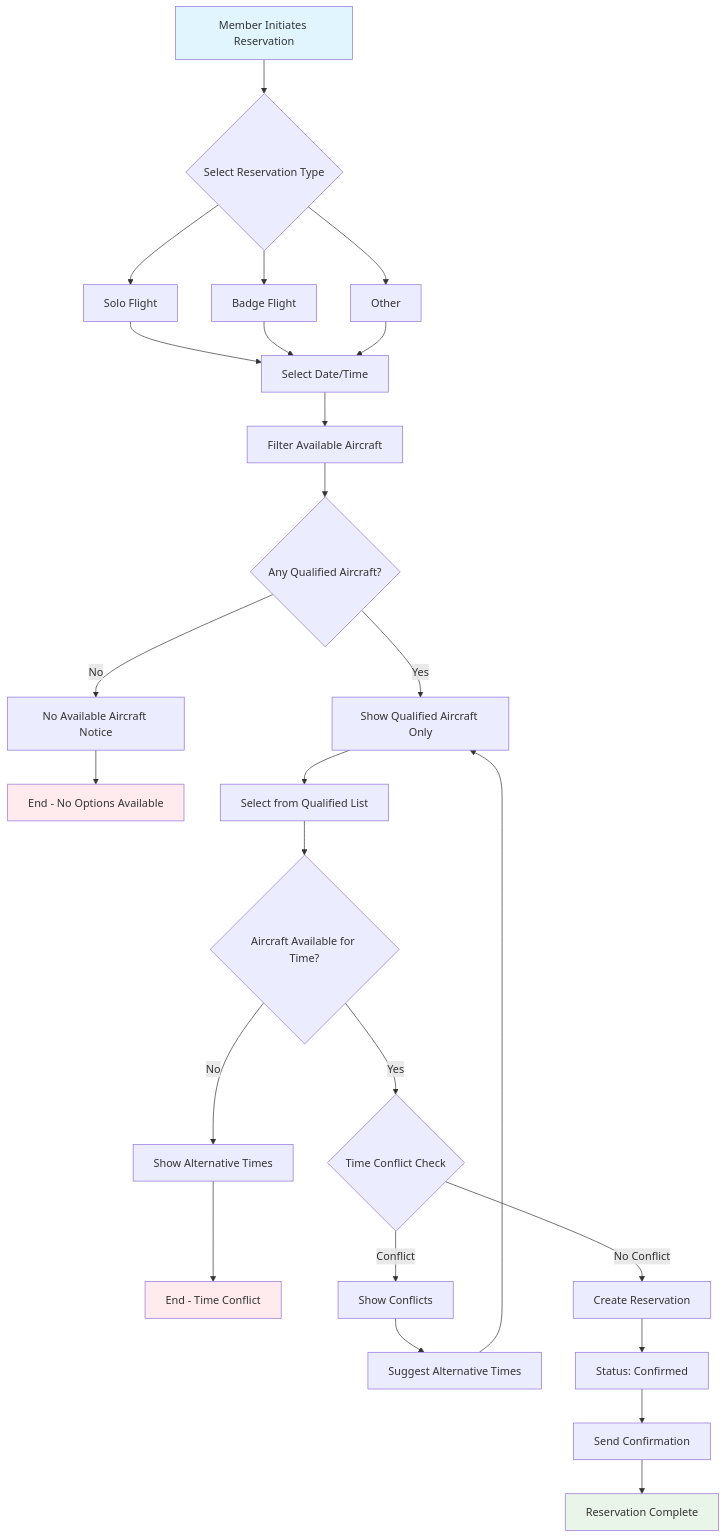
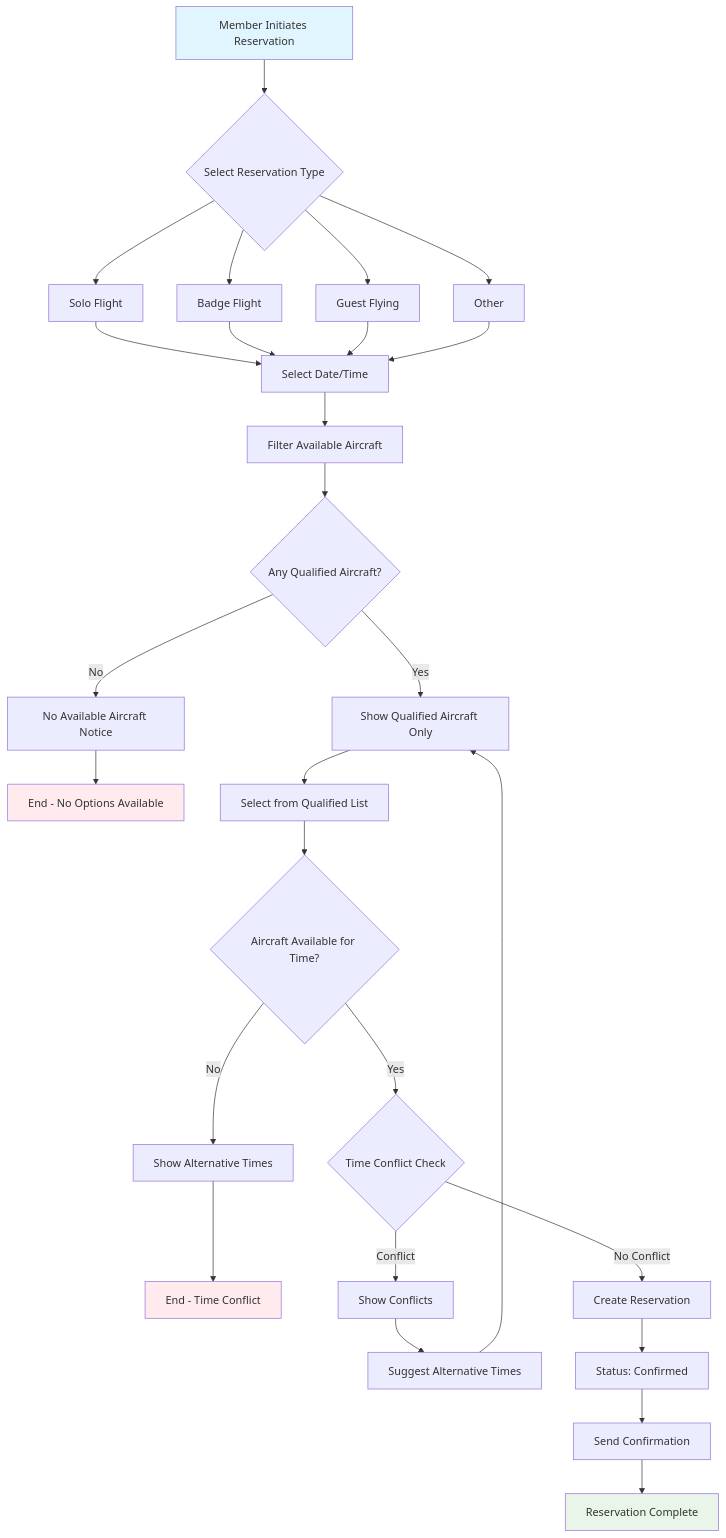
Before and after one commit to pietbarber/Manage2Soar: the first of 5 diagrams in docs/workflows/issue-190-glider-reservation-design.md, drawn with Mermaid. The commit also changed other lines of this file, not shown here.

Commit message:
Refactor glider reservation workflow to introduce 'Guest Flying' option and enhance qualification checks. Update flowchart logic for improved clarity in reservation processes, including mandatory safety meeting validation and simplified conflict resolution.

````diff
--- a/docs/workflows/issue-190-glider-reservation-design.md
+++ b/docs/workflows/issue-190-glider-reservation-design.md
@@ -10,41 +10,43 @@
 ```mermaid
 flowchart TD
     A[Member Initiates Reservation] --> B{Select Reservation Type}
     
     B --> C[Solo Flight]
     B --> D[Badge Flight] 
-    B --> E[Other]
+    B --> E[Guest Flying]
+    B --> F[Other]
     
-    C --> F[Select Date/Time]
-    D --> F
-    E --> F
+    C --> G[Select Date/Time]
+    D --> G
+    E --> G
+    F --> G
     
-    F --> G[Filter Available Aircraft]
-    G --> H{Any Qualified Aircraft?}
+    G --> H[Filter Available Aircraft]
+    H --> I{Any Qualified Aircraft?}
     
-    H -->|No| I[No Available Aircraft Notice]
-    I --> J[End - No Options Available]
+    I -->|No| J[No Available Aircraft Notice]
+    J --> K[End - No Options Available]
     
-    H -->|Yes| K[Show Qualified Aircraft Only]
-    K --> L[Select from Qualified List]
-    L --> M{Aircraft Available for Time?}
+    I -->|Yes| L[Show Qualified Aircraft Only]
+    L --> M[Select from Qualified List]
+    M --> N{Aircraft Available for Time?}
     
-    M -->|No| N[Show Alternative Times]
-    N --> O[End - Time Conflict]
+    N -->|No| O[Show Alternative Times]
+    O --> P[End - Time Conflict]
     
-    M -->|Yes| P{Time Conflict Check}
-    P -->|Conflict| Q[Show Conflicts]
-    Q --> R[Suggest Alternative Times]
-    R --> K
+    N -->|Yes| Q{Time Conflict Check}
+    Q -->|Conflict| R[Show Conflicts]
+    R --> S[Suggest Alternative Times]
+    S --> L
     
-    P -->|No Conflict| S[Create Reservation]
+    Q -->|No Conflict| T[Create Reservation]
     
-    S --> T[Status: Confirmed]
-    T --> U[Send Confirmation]
-    U --> V[Reservation Complete]
+    T --> U[Status: Confirmed]
+    U --> V[Send Confirmation]
+    V --> W[Reservation Complete]
     
     style A fill:#e1f5fe
-    style V fill:#e8f5e8
-    style J fill:#ffebee
-    style O fill:#ffebee
+    style W fill:#e8f5e8
+    style K fill:#ffebee
+    style P fill:#ffebee
 ```
````
